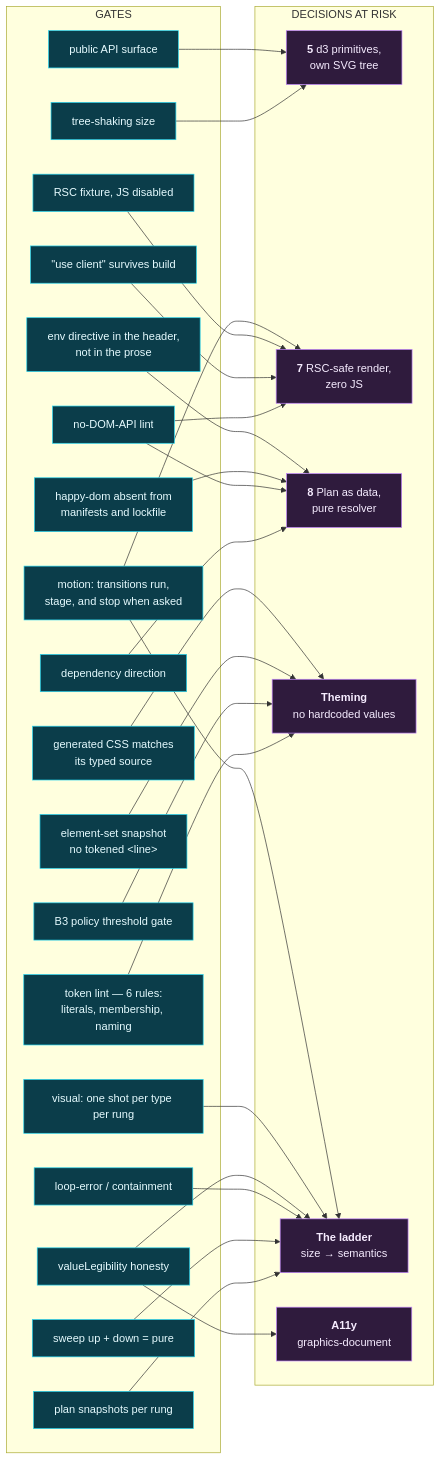
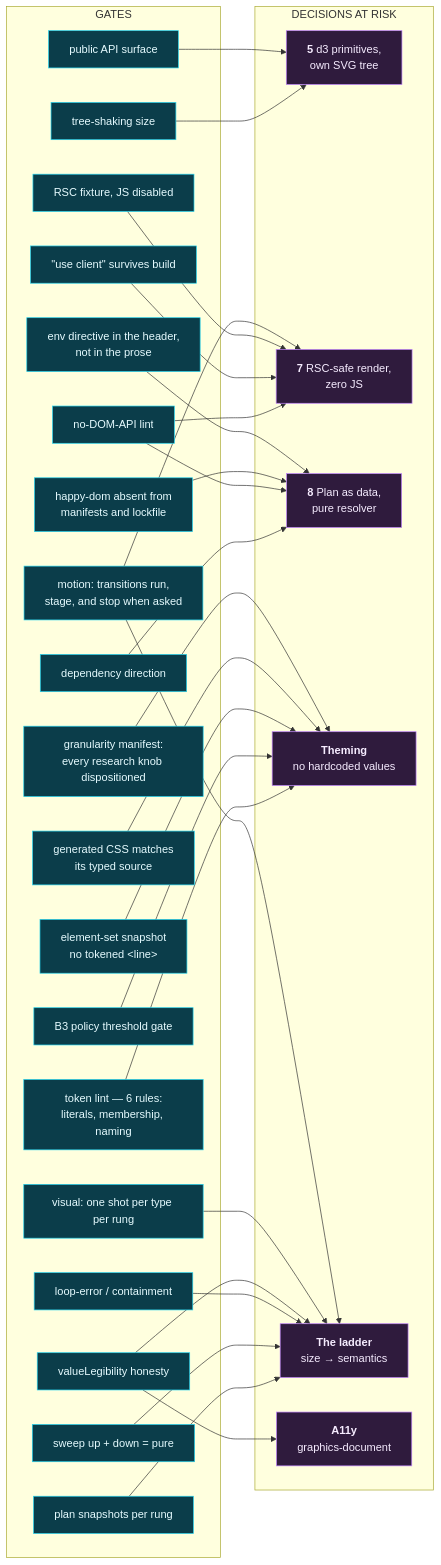
One commit to DeshpandeBoy/Defence-Charts changed the first of 2 diagrams in research/maps/04-ci-gate-map.md. Above: the diagram before and after it, drawn with Mermaid. The commit also changed other lines of this file and 33 other files, not shown here.

````diff
--- a/research/maps/04-ci-gate-map.md
+++ b/research/maps/04-ci-gate-map.md
@@ -12,59 +12,61 @@
 ```mermaid
 flowchart LR
     subgraph d["DECISIONS AT RISK"]
         D5["<b>5</b> d3 primitives,<br/>own SVG tree"]
         D7["<b>7</b> RSC-safe render,<br/>zero JS"]
         D8["<b>8</b> Plan as data,<br/>pure resolver"]
         DT["<b>Theming</b><br/>no hardcoded values"]
         DL["<b>The ladder</b><br/>size → semantics"]
         DA["<b>A11y</b><br/>graphics-document"]
     end
 
     subgraph g["GATES"]
         G1["dependency direction"]
         G2["no-DOM-API lint"]
         G3["&quot;use client&quot; survives build"]
         G4["RSC fixture, JS disabled"]
         G5["tree-shaking size"]
         G6["public API surface"]
         G7["token lint — 6 rules:<br/>literals, membership, naming"]
         G8["B3 policy threshold gate"]
         G9["plan snapshots per rung"]
         G10["sweep up + down = pure"]
         G11["loop-error / containment"]
         G12["valueLegibility honesty"]
         G13["visual: one shot per type per rung"]
         G14["element-set snapshot<br/>no tokened &lt;line&gt;"]
         G15["happy-dom absent from<br/>manifests and lockfile"]
         G16["env directive in the header,<br/>not in the prose"]
         G17["generated CSS matches<br/>its typed source"]
         G19["motion: transitions run,<br/>stage, and stop when asked"]
+        G20["granularity manifest:<br/>every research knob dispositioned"]
     end
 
     G1 --> D8
     G2 --> D8
     G2 --> D7
     G3 --> D7
     G4 --> D7
     G5 --> D5
     G6 --> D5
     G7 --> DT
     G8 --> DT
     G9 --> DL
     G10 --> DL
     G11 --> DL
     G12 --> DA
     G12 --> DL
     G13 --> DL
     G14 --> DT
     G15 --> D8
     G16 --> D8
     G17 --> DT
     G19 --> DL
     G19 --> D7
+    G20 --> DT
 
     classDef dd fill:#2f1b3d,stroke:#c084fc,color:#f6ecff
     classDef gg fill:#0b3d4a,stroke:#22d3ee,color:#e6fbff
     class D5,D7,D8,DT,DL,DA dd
-    class G1,G2,G3,G4,G5,G6,G7,G8,G9,G10,G11,G12,G13,G14,G15,G16,G17,G19 gg
+    class G1,G2,G3,G4,G5,G6,G7,G8,G9,G10,G11,G12,G13,G14,G15,G16,G17,G19,G20 gg
 ```
````
